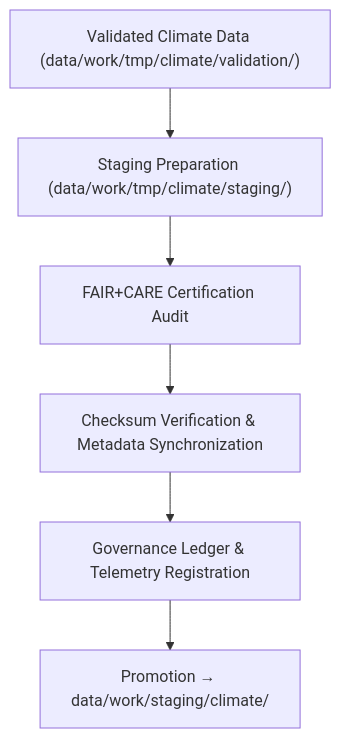
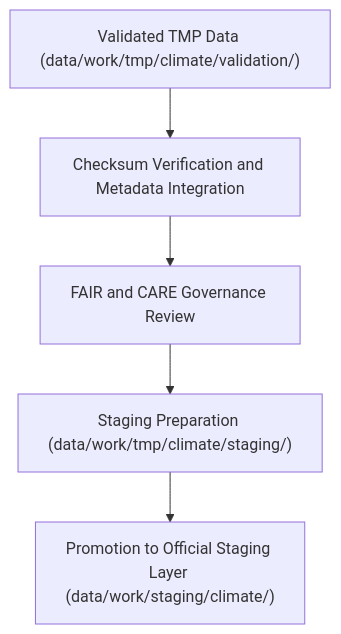
One commit to bartytime4life/Kansas-Frontier-Matrix changed the diagram in data/work/tmp/climate/staging/README.md. Above: the diagram before and after it, drawn with Mermaid. The commit also changed other lines of this file, not shown here.

````diff
--- a/data/work/tmp/climate/staging/README.md
+++ b/data/work/tmp/climate/staging/README.md
@@ -68,8 +62,7 @@
 ```mermaid
 flowchart TD
-    A["Validated Climate Data (data/work/tmp/climate/validation/)"] --> B["Staging Preparation (data/work/tmp/climate/staging/)"]
-    B --> C["FAIR+CARE Certification Audit"]
-    C --> D["Checksum Verification & Metadata Synchronization"]
-    D --> E["Governance Ledger & Telemetry Registration"]
-    E --> F["Promotion → data/work/staging/climate/"]
+    A["Validated TMP Data (data/work/tmp/climate/validation/)"] --> B["Checksum Verification and Metadata Integration"]
+    B --> C["FAIR and CARE Governance Review"]
+    C --> D["Staging Preparation (data/work/tmp/climate/staging/)"]
+    D --> E["Promotion to Official Staging Layer (data/work/staging/climate/)"]
 ```
````
